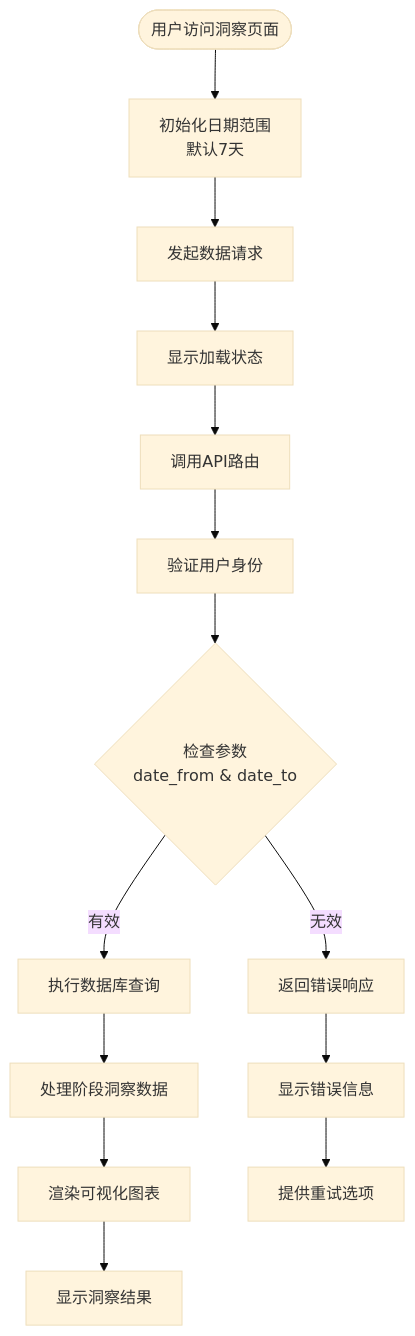
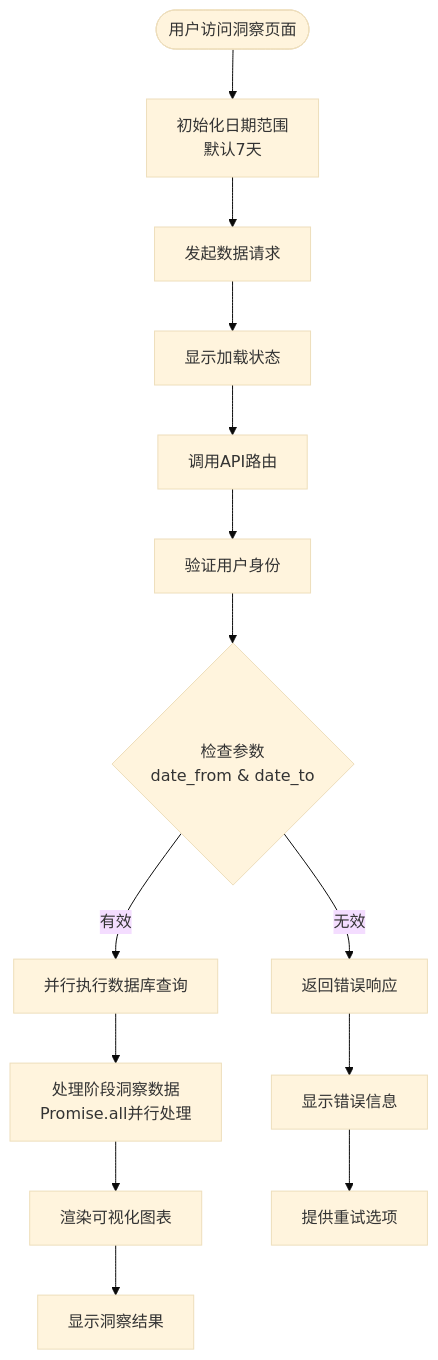
One commit to bbong1234/TETO changed the third of 12 diagrams in .qoder/repowiki/zh/content/核心功能模块/洞察分析系统/阶段洞察分析.md. Above: the diagram before and after it, drawn with Mermaid (base theme). The commit also changed other lines of this file and 352 other files, not shown here.

````diff
--- a/.qoder/repowiki/zh/content/核心功能模块/洞察分析系统/阶段洞察分析.md
+++ b/.qoder/repowiki/zh/content/核心功能模块/洞察分析系统/阶段洞察分析.md
@@ -147,16 +166,16 @@
 ```mermaid
 flowchart TD
 Start([用户访问洞察页面]) --> InitDates["初始化日期范围<br/>默认7天"]
 InitDates --> FetchData["发起数据请求"]
 FetchData --> Loading["显示加载状态"]
 Loading --> APICall["调用API路由"]
 APICall --> ValidateUser["验证用户身份"]
 ValidateUser --> CheckParams{"检查参数<br/>date_from & date_to"}
-CheckParams --> |有效| DBQuery["执行数据库查询"]
+CheckParams --> |有效| ParallelQuery["并行执行数据库查询"]
 CheckParams --> |无效| ErrorResp["返回错误响应"]
-DBQuery --> ProcessData["处理阶段洞察数据"]
+ParallelQuery --> ProcessData["处理阶段洞察数据<br/>Promise.all并行处理"]
 ProcessData --> RenderCharts["渲染可视化图表"]
 RenderCharts --> Success["显示洞察结果"]
 ErrorResp --> ShowError["显示错误信息"]
 ShowError --> Retry["提供重试选项"]
 ```
````
